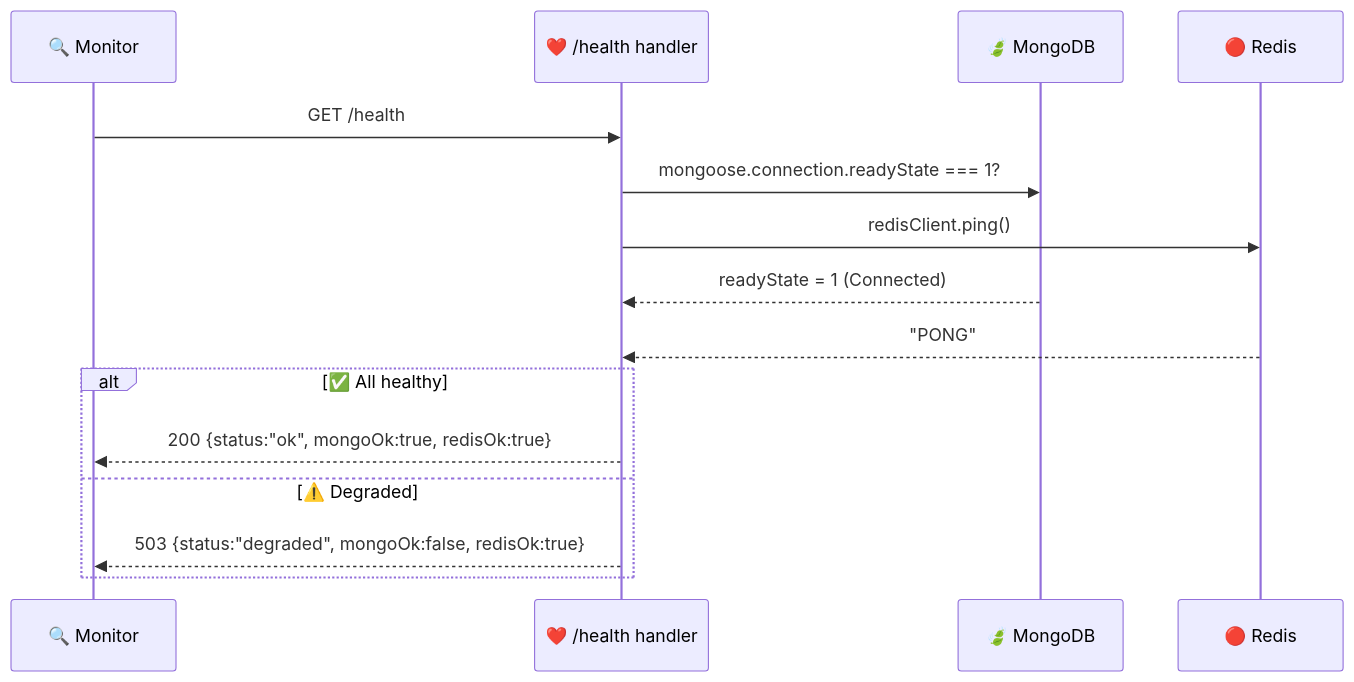
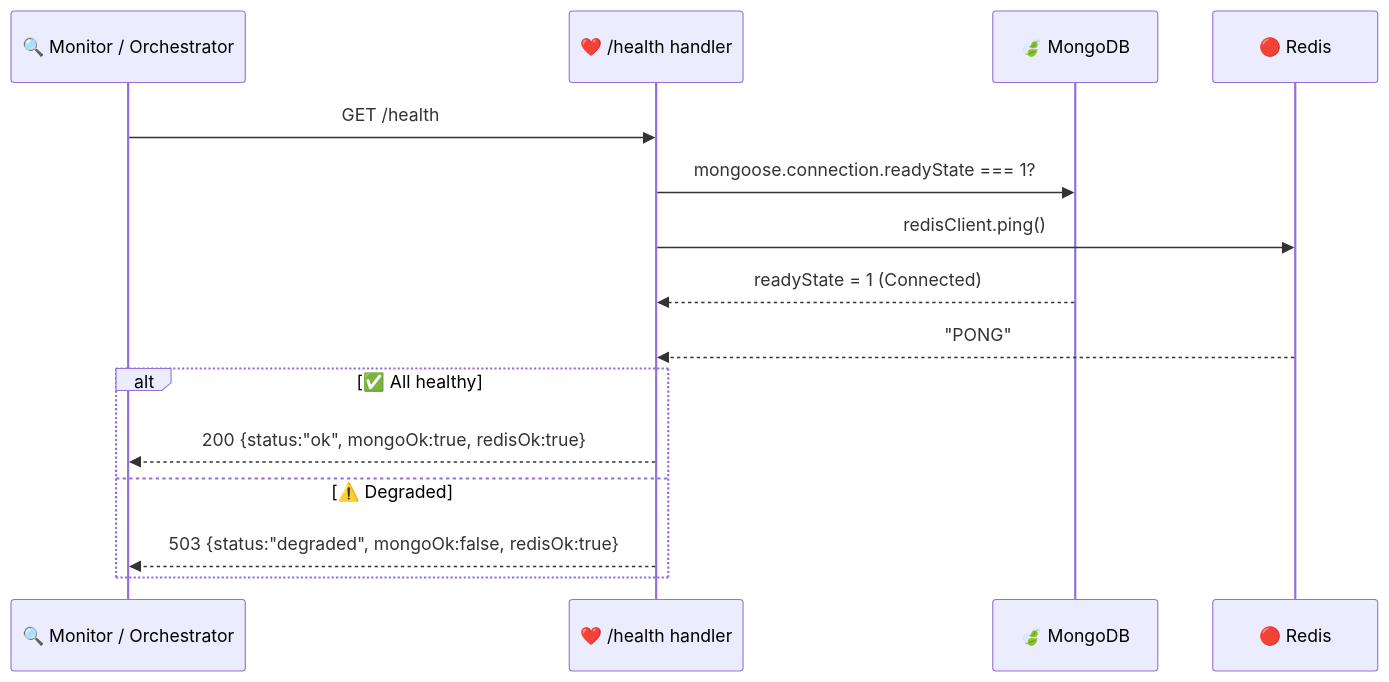
Before and after one commit to ramalokeshreddyp/RateGuard: the ninth of 17 diagrams in ARCHITECTURE.md, drawn with Mermaid. The commit also changed other lines of this file and 2 other files, not shown here.

Commit message:
docs: comprehensive rewrite of README, ARCHITECTURE, and projectdocumentation (v2.0) - 43 tests, GET /clients/:id, X-RateLimit-* headers, BCRYPT_ROUNDS, ioredis-mock, .dockerignore

````diff
--- a/ARCHITECTURE.md
+++ b/ARCHITECTURE.md
@@ -395,19 +446,19 @@
 ```mermaid
 sequenceDiagram
-    participant MON as 🔍 Monitor
+    participant MON as 🔍 Monitor / Orchestrator
     participant HC as ❤️ /health handler
     participant MDB as 🍃 MongoDB
     participant RDS as 🔴 Redis
 
     MON->>HC: GET /health
     HC->>MDB: mongoose.connection.readyState === 1?
     HC->>RDS: redisClient.ping()
     MDB-->>HC: readyState = 1 (Connected)
     RDS-->>HC: "PONG"
 
     alt ✅ All healthy
         HC-->>MON: 200 {status:"ok", mongoOk:true, redisOk:true}
     else ⚠️ Degraded
         HC-->>MON: 503 {status:"degraded", mongoOk:false, redisOk:true}
     end
 ```
````
